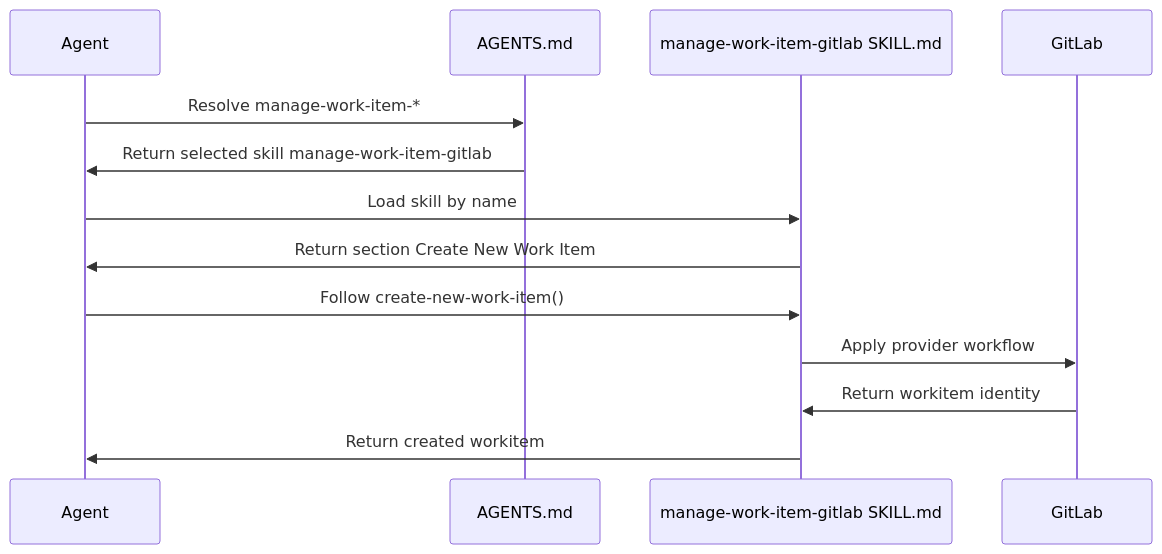
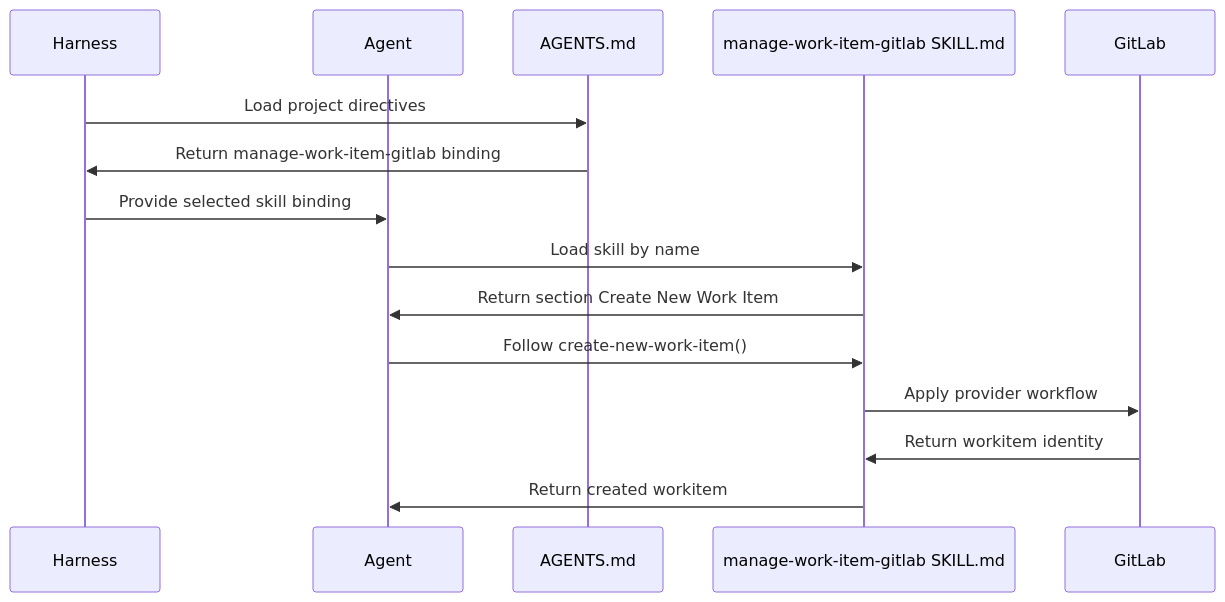
One commit to martinbechard/dev-methodology changed diagram 12 of 16 in design/object-oriented-agent-and-skill-model.md. Above: the diagram before and after it, drawn with Mermaid. The commit also changed other lines of this file and 8 other files, not shown here.

Commit message:
Clarify agent and skill group dependency views

````diff
--- a/design/object-oriented-agent-and-skill-model.md
+++ b/design/object-oriented-agent-and-skill-model.md
@@ -548,16 +561,18 @@
 ```mermaid
 sequenceDiagram
+    participant Harness
     participant Agent
     participant Guidance as AGENTS.md
     participant Skill as manage-work-item-gitlab SKILL.md
     participant GitLab
 
-    Agent->>Guidance: Resolve manage-work-item-*
-    Guidance->>Agent: Return selected skill manage-work-item-gitlab
+    Harness->>Guidance: Load project directives
+    Guidance->>Harness: Return manage-work-item-gitlab binding
+    Harness->>Agent: Provide selected skill binding
     Agent->>Skill: Load skill by name
     Skill->>Agent: Return section Create New Work Item
     Agent->>Skill: Follow create-new-work-item()
     Skill->>GitLab: Apply provider workflow
     GitLab->>Skill: Return workitem identity
     Skill->>Agent: Return created workitem
 ```
````
